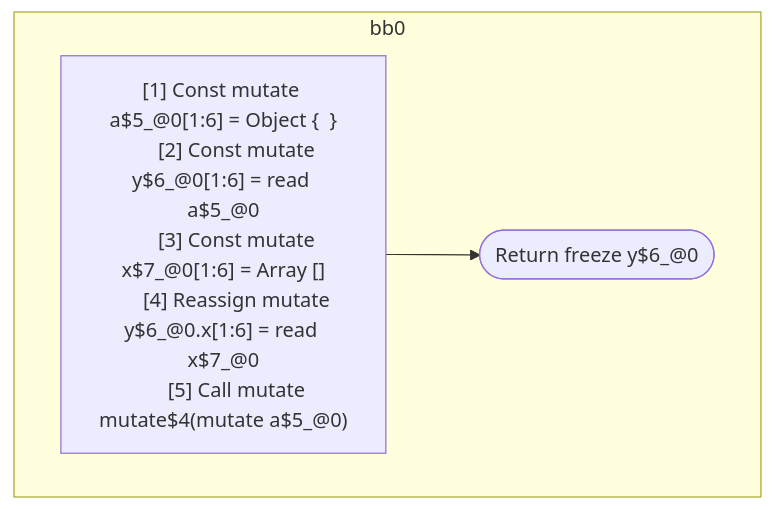
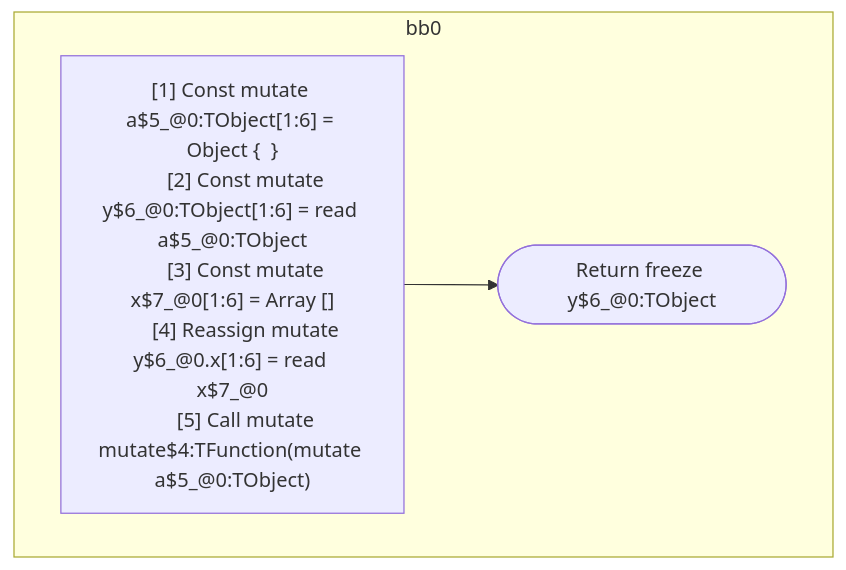
One commit to wutsmog/private changed the diagram in compiler/forget/src/__tests__/fixtures/hir/ssa-property-mutate-alias.expect.md. Above: the diagram before and after it, drawn with Mermaid. The commit also changed other lines of this file and 112 other files, not shown here.

````diff
--- a/compiler/forget/src/__tests__/fixtures/hir/ssa-property-mutate-alias.expect.md
+++ b/compiler/forget/src/__tests__/fixtures/hir/ssa-property-mutate-alias.expect.md
@@ -50,17 +50,17 @@
 ```mermaid
 flowchart TB
   %% Basic Blocks
   subgraph bb0
     bb0_instrs["
-      [1] Const mutate a$5_@0[1:6] = Object {  }
-      [2] Const mutate y$6_@0[1:6] = read a$5_@0
+      [1] Const mutate a$5_@0:TObject[1:6] = Object {  }
+      [2] Const mutate y$6_@0:TObject[1:6] = read a$5_@0:TObject
       [3] Const mutate x$7_@0[1:6] = Array []
       [4] Reassign mutate y$6_@0.x[1:6] = read x$7_@0
-      [5] Call mutate mutate$4(mutate a$5_@0)
+      [5] Call mutate mutate$4:TFunction(mutate a$5_@0:TObject)
     "]
-    bb0_instrs --> bb0_terminal(["Return freeze y$6_@0"])
+    bb0_instrs --> bb0_terminal(["Return freeze y$6_@0:TObject"])
   end
 
   %% Jumps
   %% empty
 ```
````
